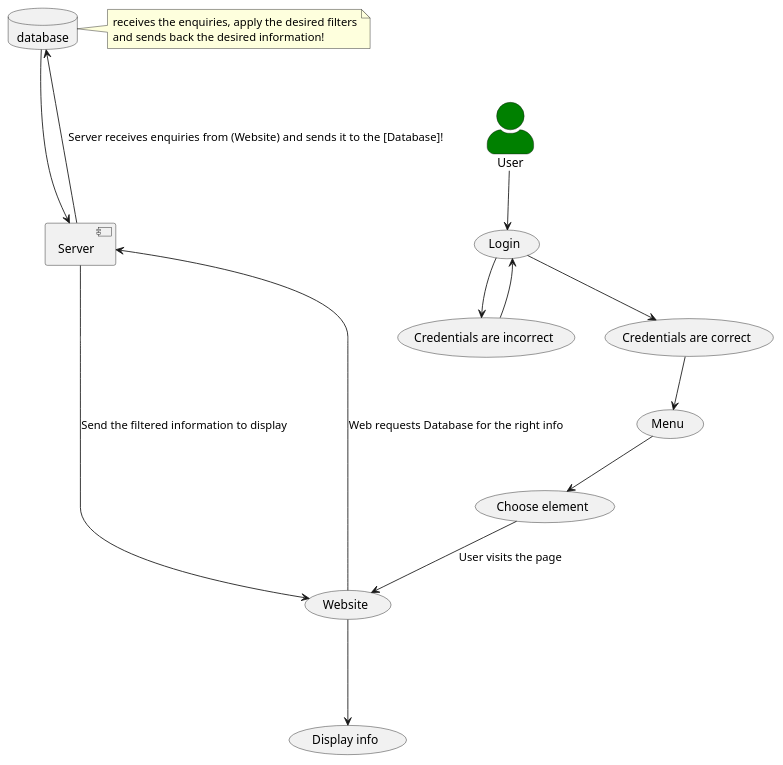
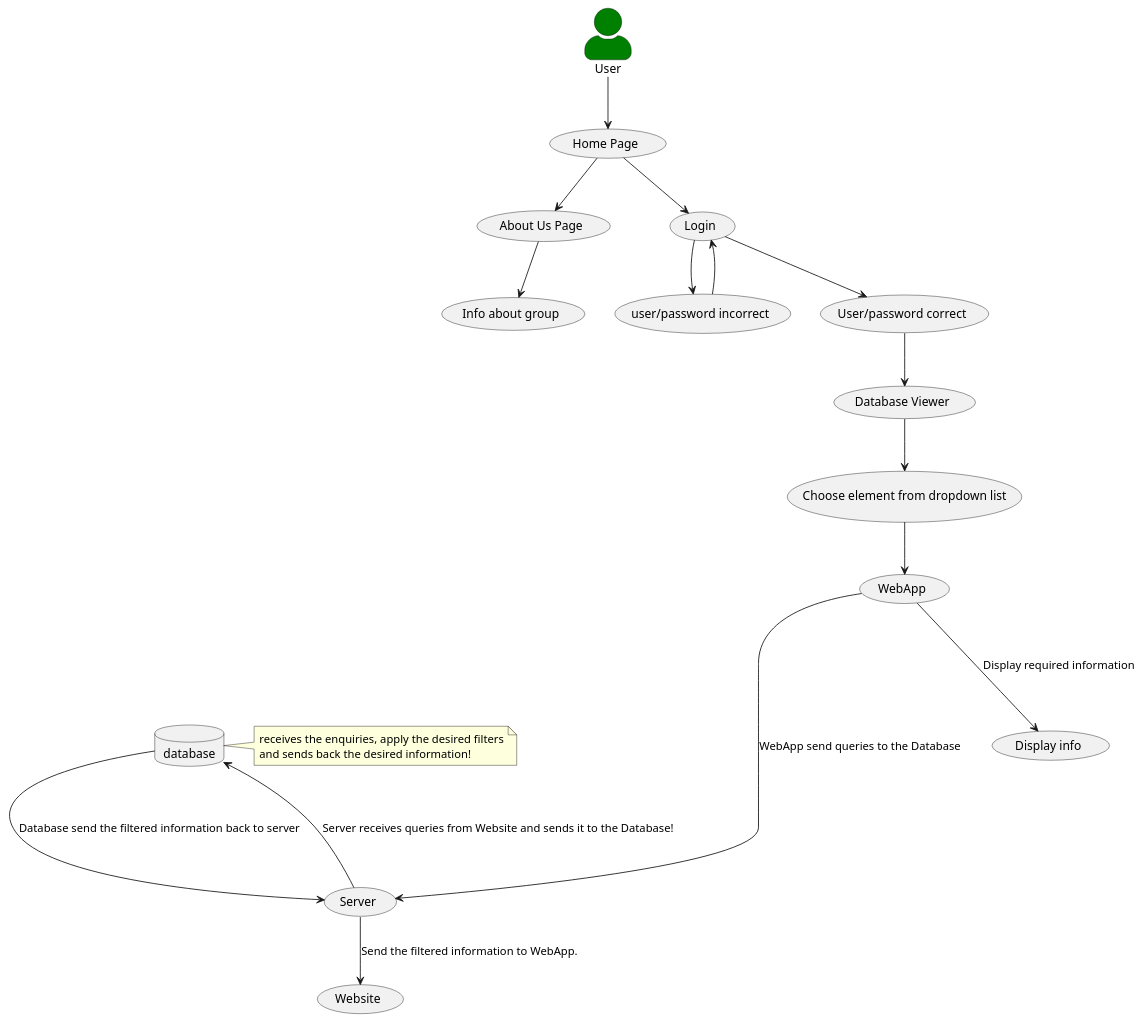
Before and after one commit to checkmate-group/coursework: the diagram in project_documents/user_cases/use-case.puml, drawn with PlantUML.

```diff
--- a/project_documents/user_cases/use-case.puml
+++ b/project_documents/user_cases/use-case.puml
@@ -1,31 +1,34 @@
-@startuml
+@startuml use-case
 'https://plantuml.com/use-case-diagram
 
 Database database
 
 skinparam actorStyle awesome
 actor User #green
-User--> (Login)
-(Login) --> (Credentials are incorrect)
-(Credentials are incorrect)--> (Login)
-(Login) --> (Credentials are correct)
-(Credentials are correct)-->(Menu)
-(Menu)-->(Choose element)
-(Choose element)-->(Website):User visits the page
-(Website)----->[Server]:Web requests Database for the right info
-[Server]--->database:Server receives enquiries from (Website) and sends it to the [Database]!
-database-->[Server]
-[Server]-->(Website):Send the filtered information to display
-(Website)--->(Display info)
+User--> (Home Page)
+(Home Page)-->(About Us Page)
+(About Us Page)-->(Info about group)
+(Home Page)-->(Login)
+(Login) --> (user/password incorrect)
+(user/password incorrect)--> (Login)
+(Login) --> (User/password correct)
+(User/password correct)-->(Database Viewer)
+(Database Viewer)-->(Choose element from dropdown list)
+(Choose element from dropdown list)-->(WebApp)
+(WebApp)----->(Server):WebApp send queries to the Database
+(Server)--->database:Server receives queries from Website and sends it to the Database!
+database-->(Server):Database send the filtered information back to server
+(Server)-->(Website):Send the filtered information to WebApp.
+(WebApp)--->(Display info): Display required information
 
 
 
 
 
 note right of database
 receives the enquiries, apply the desired filters
 and sends back the desired information!
 end note
 
 
 @enduml
```
